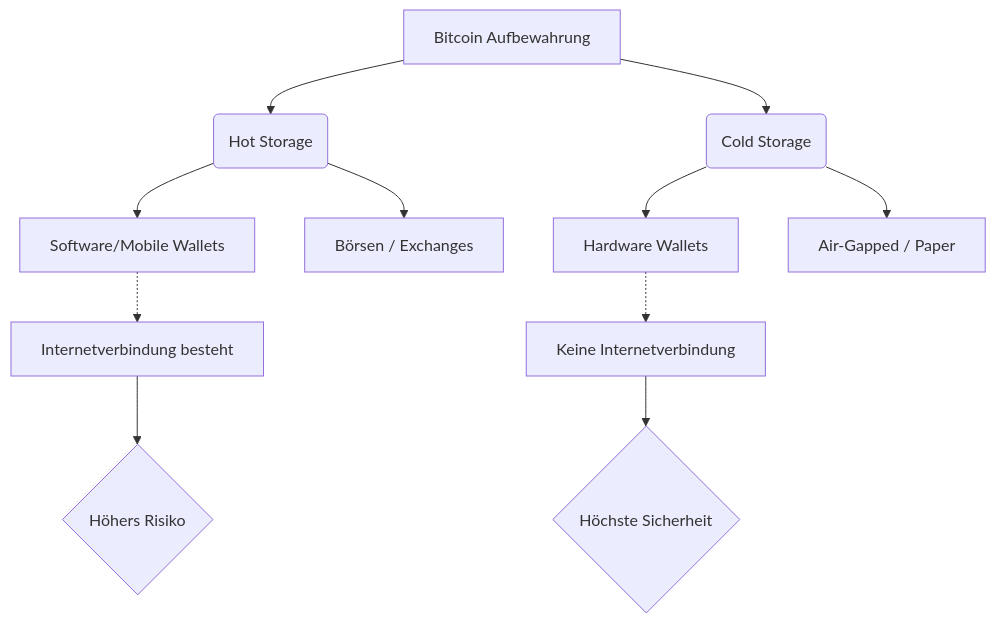
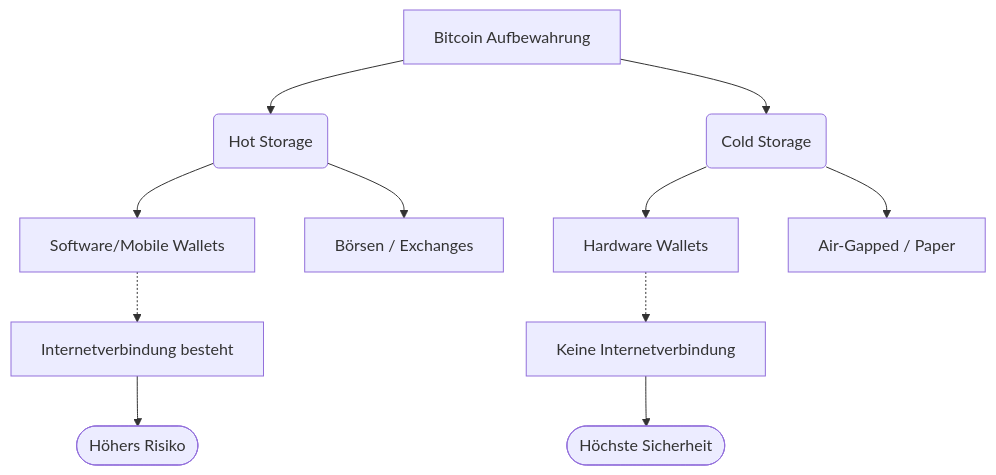
Before and after one commit to annabraun015-stack/krypto-watch: the diagram in src/content/blog/de/bitcoin-sicher-aufbewahren.mdx, drawn with Mermaid. The commit also changed other lines of this file and 53 other files, not shown here.

```diff
--- a/src/content/blog/de/bitcoin-sicher-aufbewahren.mdx
+++ b/src/content/blog/de/bitcoin-sicher-aufbewahren.mdx
@@ -62,13 +62,13 @@
 <div class="mermaid">
 graph TD
     A[Bitcoin Aufbewahrung] --> B(Hot Storage)
     A --> C(Cold Storage)
     B --> D[Software/Mobile Wallets]
     B --> E[Börsen / Exchanges]
     C --> F[Hardware Wallets]
     C --> G[Air-Gapped / Paper]
     D -.-> H[Internetverbindung besteht]
-    H --> I{Höhers Risiko}
+    H --> I([Höhers Risiko])
     F -.-> J[Keine Internetverbindung]
-    J --> K{Höchste Sicherheit}
+    J --> K([Höchste Sicherheit])
 </div>
```
